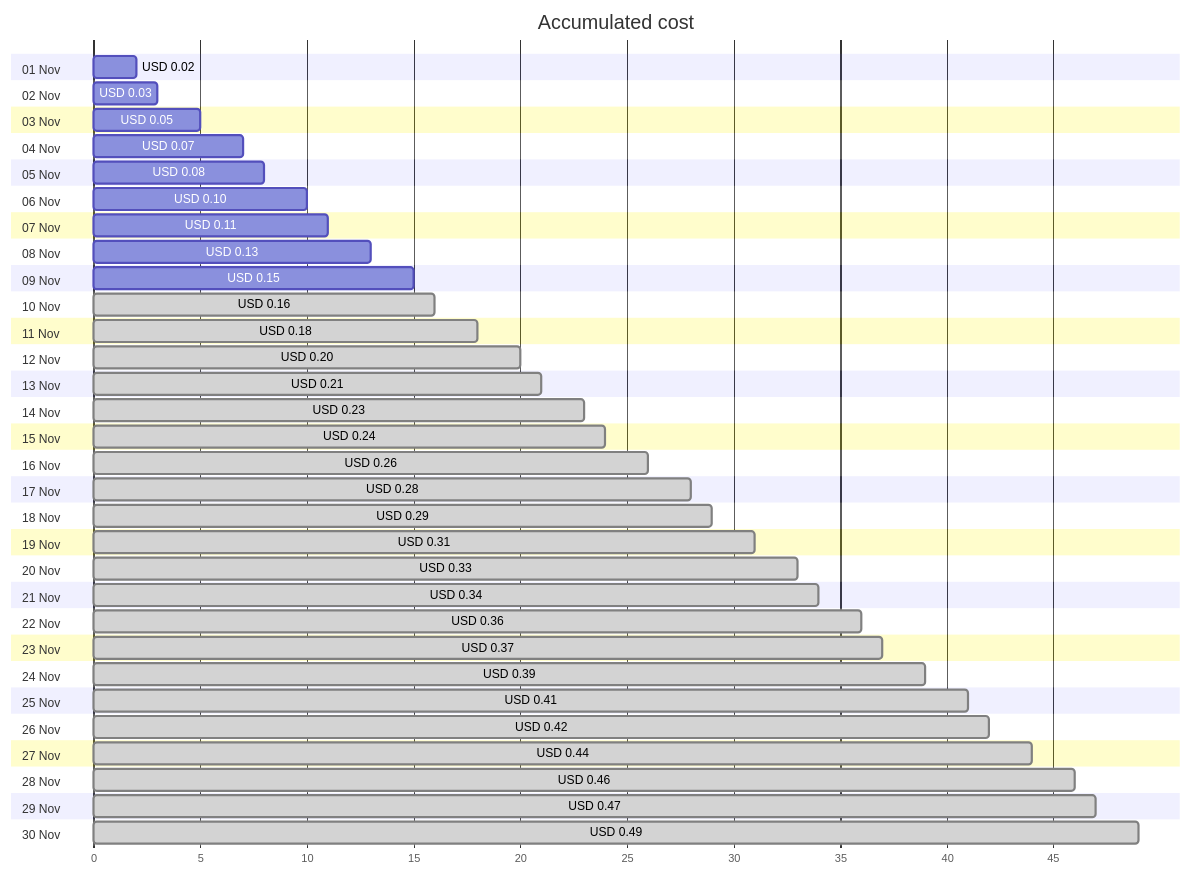
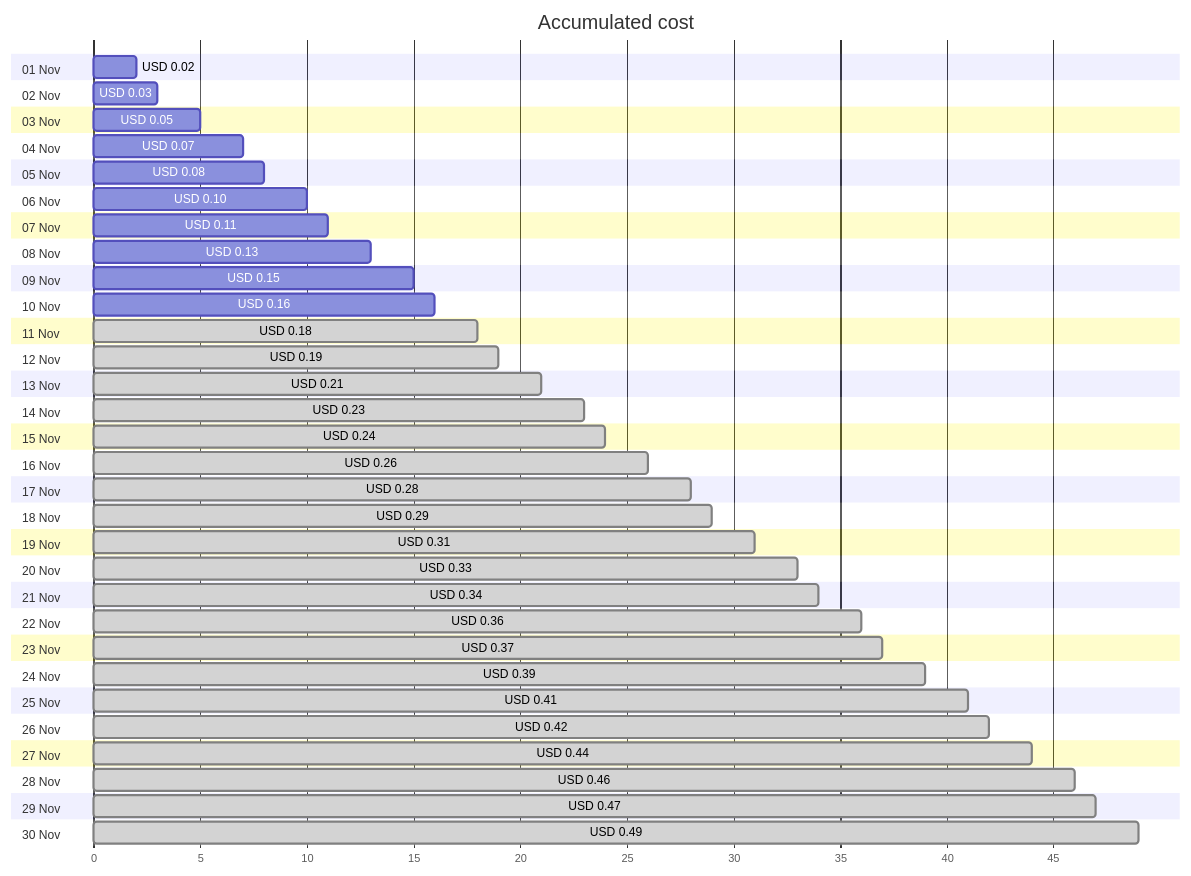
Before and after one commit to jpfulton/azure-personal-reports: the first of 4 diagrams in cost-reports/personal-dns/jpatrickfulton.com.md, drawn with Mermaid. The commit also changed other lines of this file and 2 other files, not shown here.

````diff
--- a/cost-reports/personal-dns/jpatrickfulton.com.md
+++ b/cost-reports/personal-dns/jpatrickfulton.com.md
@@ -20,66 +20,66 @@
 ```mermaid
 gantt
    title Accumulated cost
    dateFormat  X
    axisFormat %s
    section 01 Nov
    USD 0.02 :0, 2
    section 02 Nov
    USD 0.03 :0, 3
    section 03 Nov
    USD 0.05 :0, 5
    section 04 Nov
    USD 0.07 :0, 7
    section 05 Nov
    USD 0.08 :0, 8
    section 06 Nov
    USD 0.10 :0, 10
    section 07 Nov
    USD 0.11 :0, 11
    section 08 Nov
    USD 0.13 :0, 13
    section 09 Nov
    USD 0.15 :0, 15
    section 10 Nov
-   USD 0.16 : done, 0, 16
+   USD 0.16 :0, 16
    section 11 Nov
    USD 0.18 : done, 0, 18
    section 12 Nov
-   USD 0.20 : done, 0, 20
+   USD 0.19 : done, 0, 19
    section 13 Nov
    USD 0.21 : done, 0, 21
    section 14 Nov
    USD 0.23 : done, 0, 23
    section 15 Nov
    USD 0.24 : done, 0, 24
    section 16 Nov
    USD 0.26 : done, 0, 26
    section 17 Nov
    USD 0.28 : done, 0, 28
    section 18 Nov
    USD 0.29 : done, 0, 29
    section 19 Nov
    USD 0.31 : done, 0, 31
    section 20 Nov
    USD 0.33 : done, 0, 33
    section 21 Nov
    USD 0.34 : done, 0, 34
    section 22 Nov
    USD 0.36 : done, 0, 36
    section 23 Nov
    USD 0.37 : done, 0, 37
    section 24 Nov
    USD 0.39 : done, 0, 39
    section 25 Nov
    USD 0.41 : done, 0, 41
    section 26 Nov
    USD 0.42 : done, 0, 42
    section 27 Nov
    USD 0.44 : done, 0, 44
    section 28 Nov
    USD 0.46 : done, 0, 46
    section 29 Nov
    USD 0.47 : done, 0, 47
    section 30 Nov
    USD 0.49 : done, 0, 49
 ```
````
